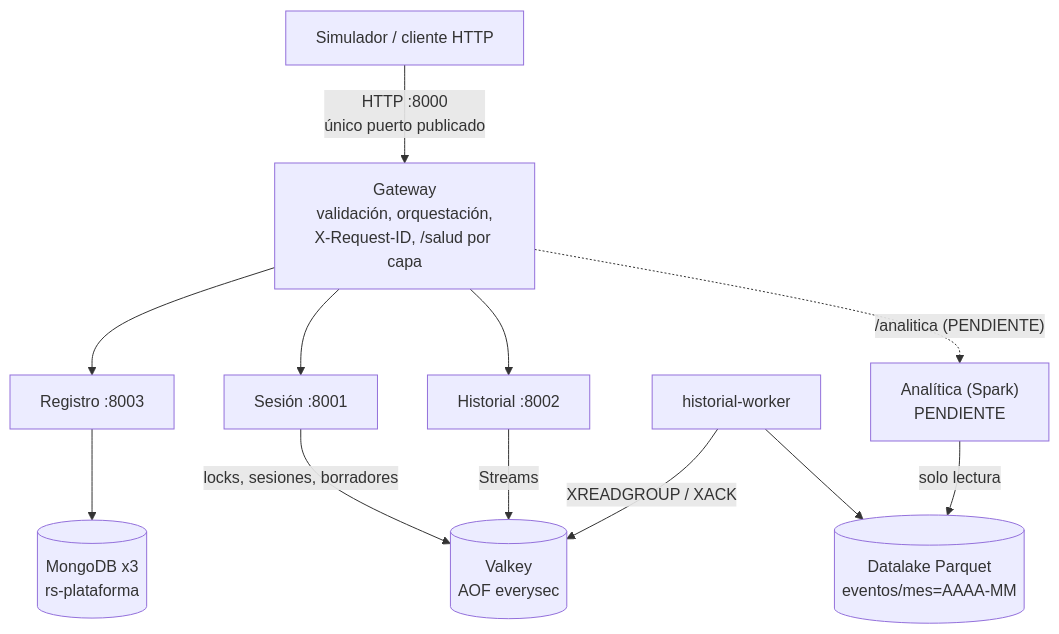
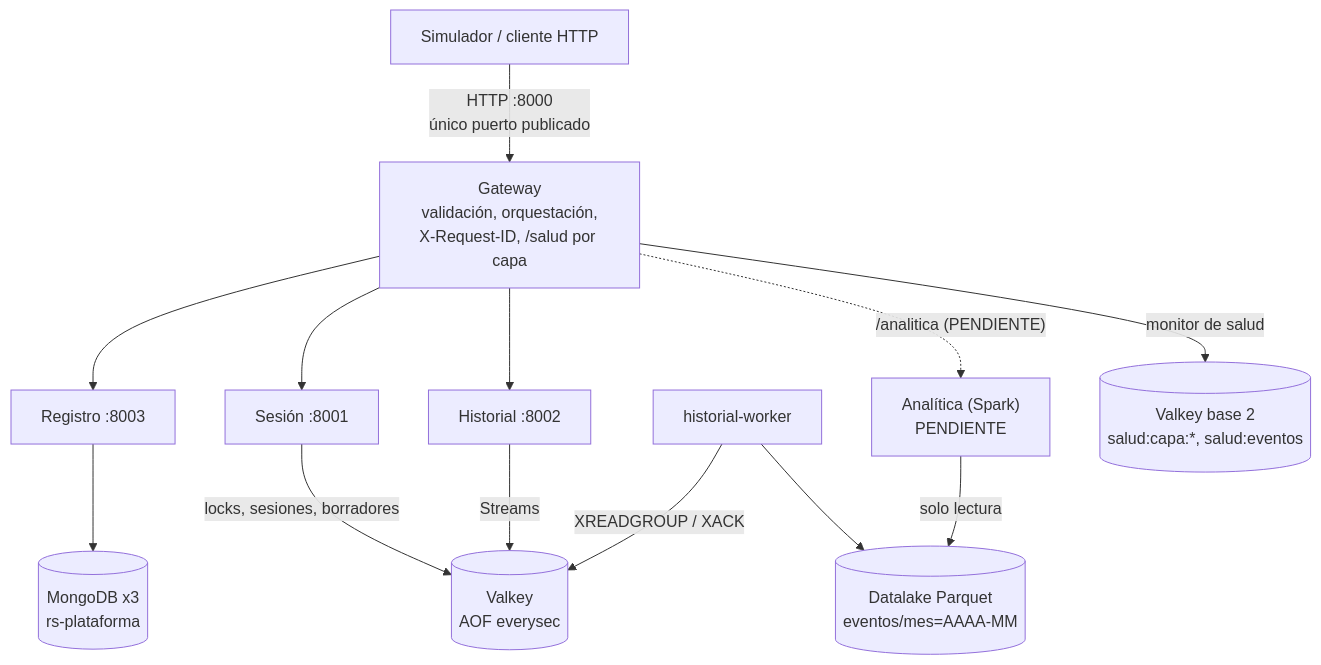
One commit to Chris-0307/proyecto2_BDA changed the diagram in proyecto2/docs/informe.md. Above: the diagram before and after it, drawn with Mermaid. The commit also changed other lines of this file and 9 other files, not shown here.

Commit message:
[DOCS] P1 con salud en Valkey

````diff
--- a/proyecto2/docs/informe.md
+++ b/proyecto2/docs/informe.md
@@ -42,25 +42,27 @@
 ```mermaid
 flowchart TB
     sim["Simulador / cliente HTTP"]
     gw["Gateway<br/>validación, orquestación,<br/>X-Request-ID, /salud por capa"]
     reg["Registro :8003"]
     ses["Sesión :8001"]
     his["Historial :8002"]
     worker["historial-worker"]
     mongo[("MongoDB x3<br/>rs-plataforma")]
     valkey[("Valkey<br/>AOF everysec")]
     lake[("Datalake Parquet<br/>eventos/mes=AAAA-MM")]
     ana["Analítica (Spark)<br/>PENDIENTE"]
+    salud[("Valkey base 2<br/>salud:capa:*, salud:eventos")]
 
     sim -->|"HTTP :8000<br/>único puerto publicado"| gw
     gw --> reg
     gw --> ses
     gw --> his
     reg --> mongo
     ses -->|"locks, sesiones, borradores"| valkey
     his -->|"Streams"| valkey
     worker -->|"XREADGROUP / XACK"| valkey
     worker --> lake
     ana -->|"solo lectura"| lake
     gw -.->|"/analitica (PENDIENTE)"| ana
+    gw -->|"monitor de salud"| salud
 ```
````
